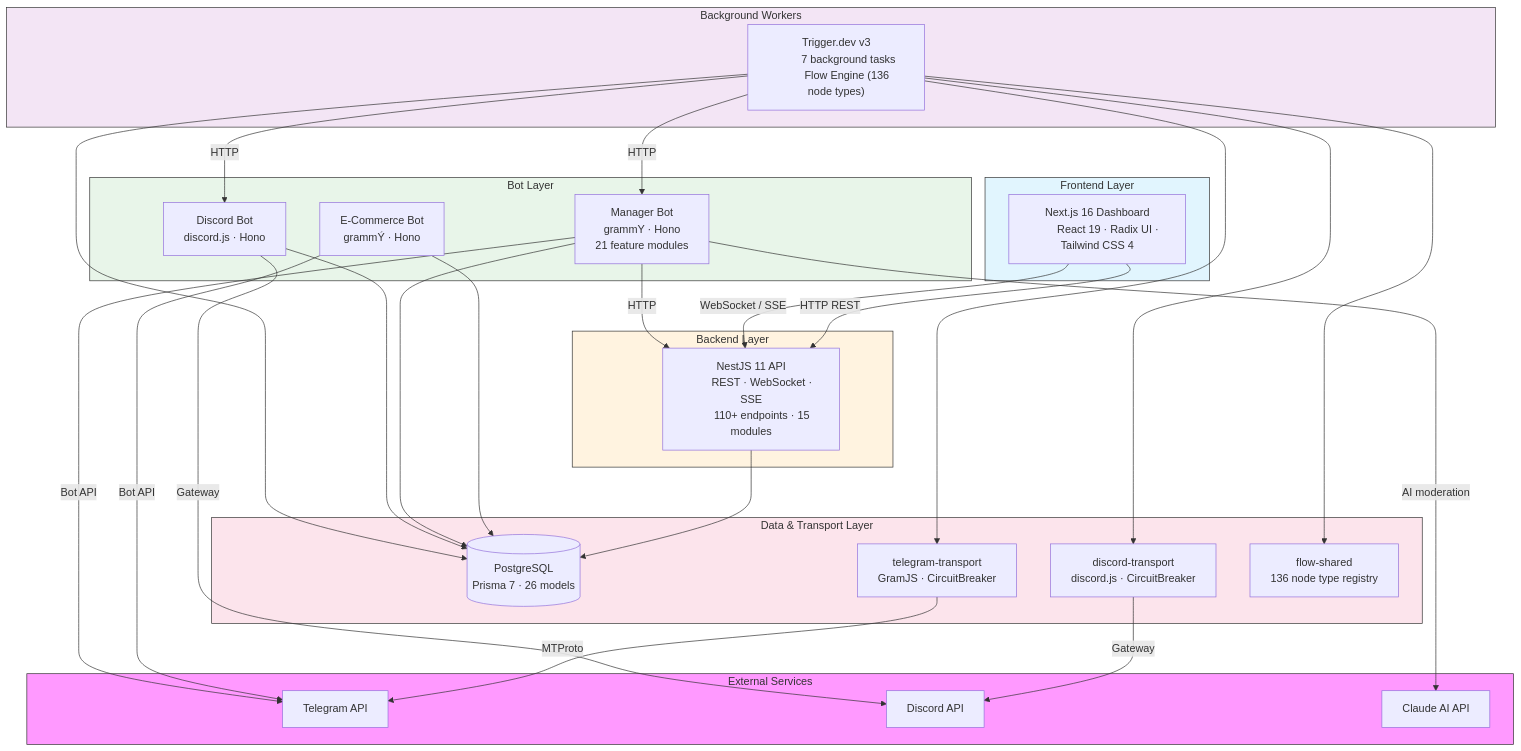
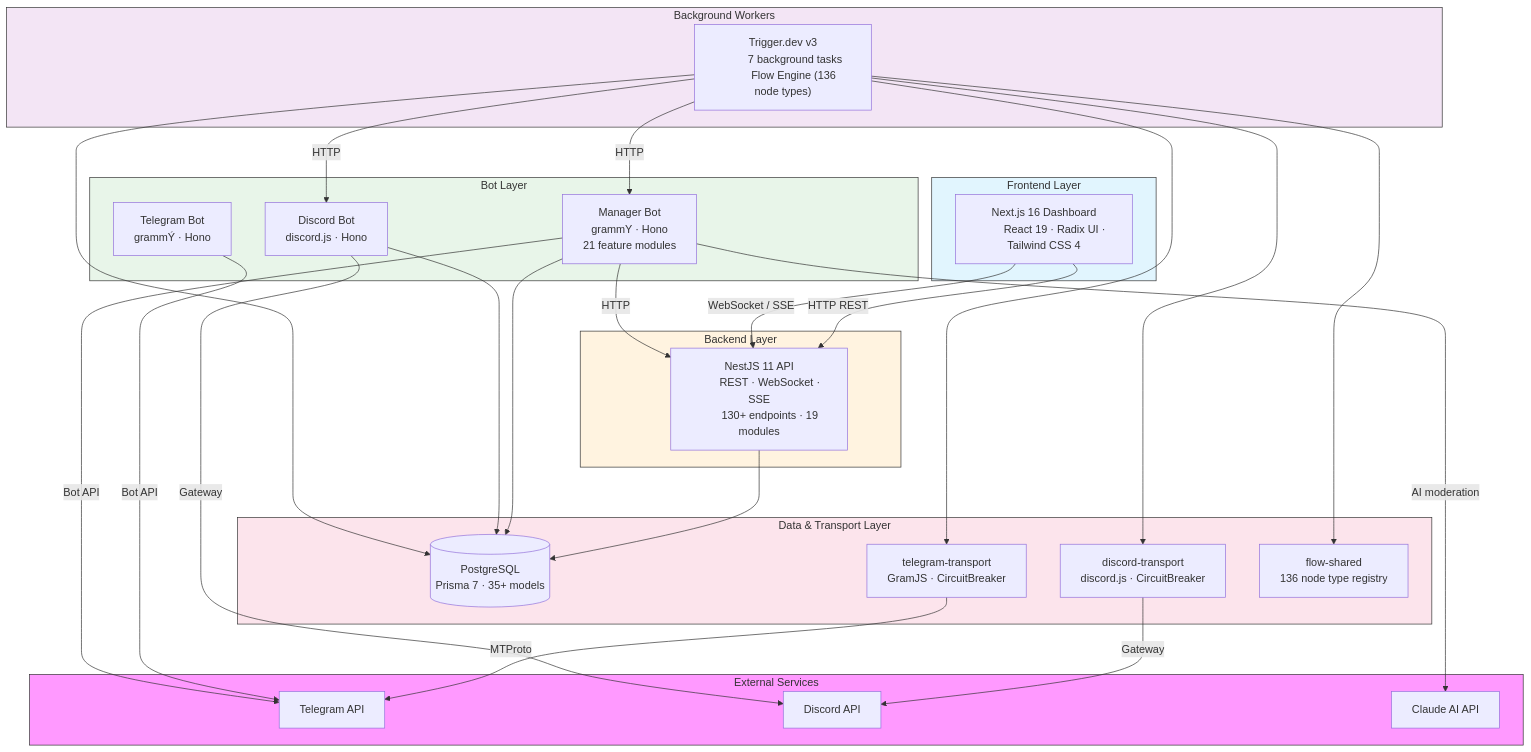
Before and after one commit to kolezka/flowbot: the first of 7 diagrams in README.md, drawn with Mermaid. The commit also changed other lines of this file, not shown here.

Commit message:
docs: update README — remove e-commerce references, reflect multi-platform architecture and current model/endpoint counts

````diff
--- a/README.md
+++ b/README.md
@@ -38,76 +36,75 @@
 ```mermaid
 graph TB
     subgraph External["External Services"]
         TG["Telegram API"]
         DC["Discord API"]
         AI["Claude AI API"]
     end
 
     subgraph Frontend["Frontend Layer"]
         FE["Next.js 16 Dashboard
         React 19 &middot; Radix UI &middot; Tailwind CSS 4"]
     end
 
     subgraph Backend["Backend Layer"]
         API["NestJS 11 API
         REST &middot; WebSocket &middot; SSE
-        110+ endpoints &middot; 15 modules"]
+        130+ endpoints &middot; 19 modules"]
     end
 
     subgraph Bots["Bot Layer"]
-        BOT["E-Commerce Bot
+        BOT["Telegram Bot
         gramm&Yacute; &middot; Hono"]
         MB["Manager Bot
         grammY &middot; Hono
         21 feature modules"]
         DB_BOT["Discord Bot
         discord.js &middot; Hono"]
     end
 
     subgraph Workers["Background Workers"]
         TRIGGER["Trigger.dev v3
         7 background tasks
         Flow Engine (136 node types)"]
     end
 
     subgraph Data["Data & Transport Layer"]
         DB[("PostgreSQL
-        Prisma 7 &middot; 26 models")]
+        Prisma 7 &middot; 35+ models")]
         TG_TR["telegram-transport
         GramJS &middot; CircuitBreaker"]
         DC_TR["discord-transport
         discord.js &middot; CircuitBreaker"]
         FS["flow-shared
         136 node type registry"]
     end
 
     FE -->|"HTTP REST"| API
     FE -->|"WebSocket / SSE"| API
 
     API --> DB
-    BOT --> DB
     MB --> DB
     DB_BOT --> DB
     TRIGGER --> DB
 
     MB -->|"HTTP"| API
     TRIGGER -->|"HTTP"| MB
     TRIGGER -->|"HTTP"| DB_BOT
     TRIGGER --> TG_TR
     TRIGGER --> DC_TR
     TRIGGER --> FS
 
     TG_TR -->|"MTProto"| TG
     DC_TR -->|"Gateway"| DC
     BOT -->|"Bot API"| TG
     MB -->|"Bot API"| TG
     MB -->|"AI moderation"| AI
     DB_BOT -->|"Gateway"| DC
 
     style External fill:#f9f,stroke:#333,stroke-width:1px
     style Frontend fill:#e1f5fe,stroke:#333,stroke-width:1px
     style Backend fill:#fff3e0,stroke:#333,stroke-width:1px
     style Bots fill:#e8f5e9,stroke:#333,stroke-width:1px
     style Workers fill:#f3e5f5,stroke:#333,stroke-width:1px
     style Data fill:#fce4ec,stroke:#333,stroke-width:1px
 ```
````
